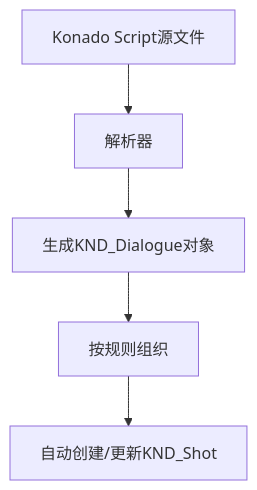
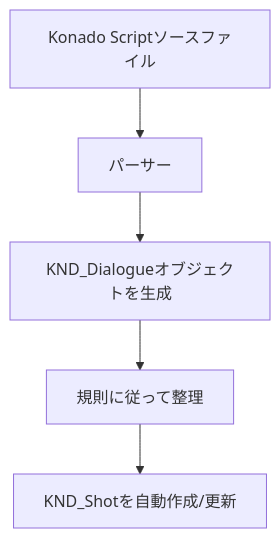
Before and after one commit to DSOE1024/konado: the diagram in docs/ja/tutorial/core/shot-and-dialogue.md, drawn with Mermaid. The commit also changed other lines of this file and 224 other files, not shown here.

````diff
--- a/docs/ja/tutorial/core/shot-and-dialogue.md
+++ b/docs/ja/tutorial/core/shot-and-dialogue.md
@@ -32,8 +32,8 @@
 ```mermaid
 graph TD
-    A["Konado Script源文件"] --> B["解析器"]
-    B --> C["生成KND_Dialogue对象"]
-    C --> D["按规则组织"]
-    D --> E["自动创建/更新KND_Shot"]
+    A["Konado Scriptソースファイル"] --> B["パーサー"]
+    B --> C["KND_Dialogueオブジェクトを生成"]
+    C --> D["規則に従って整理"]
+    D --> E["KND_Shotを自動作成/更新"]
 
 ```
````
